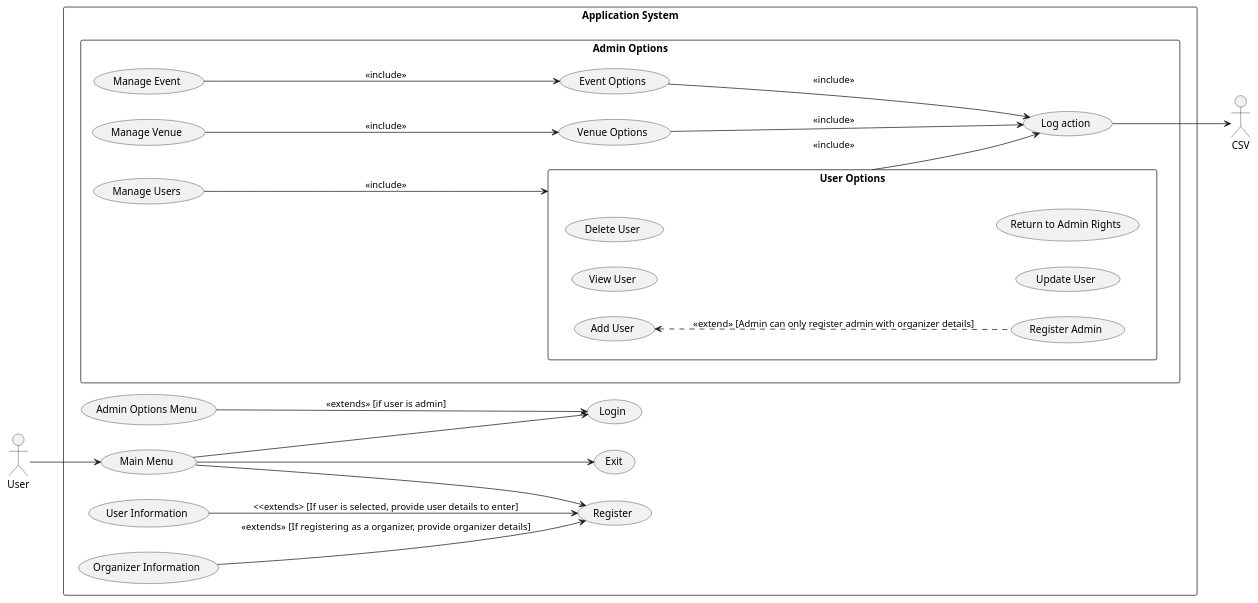
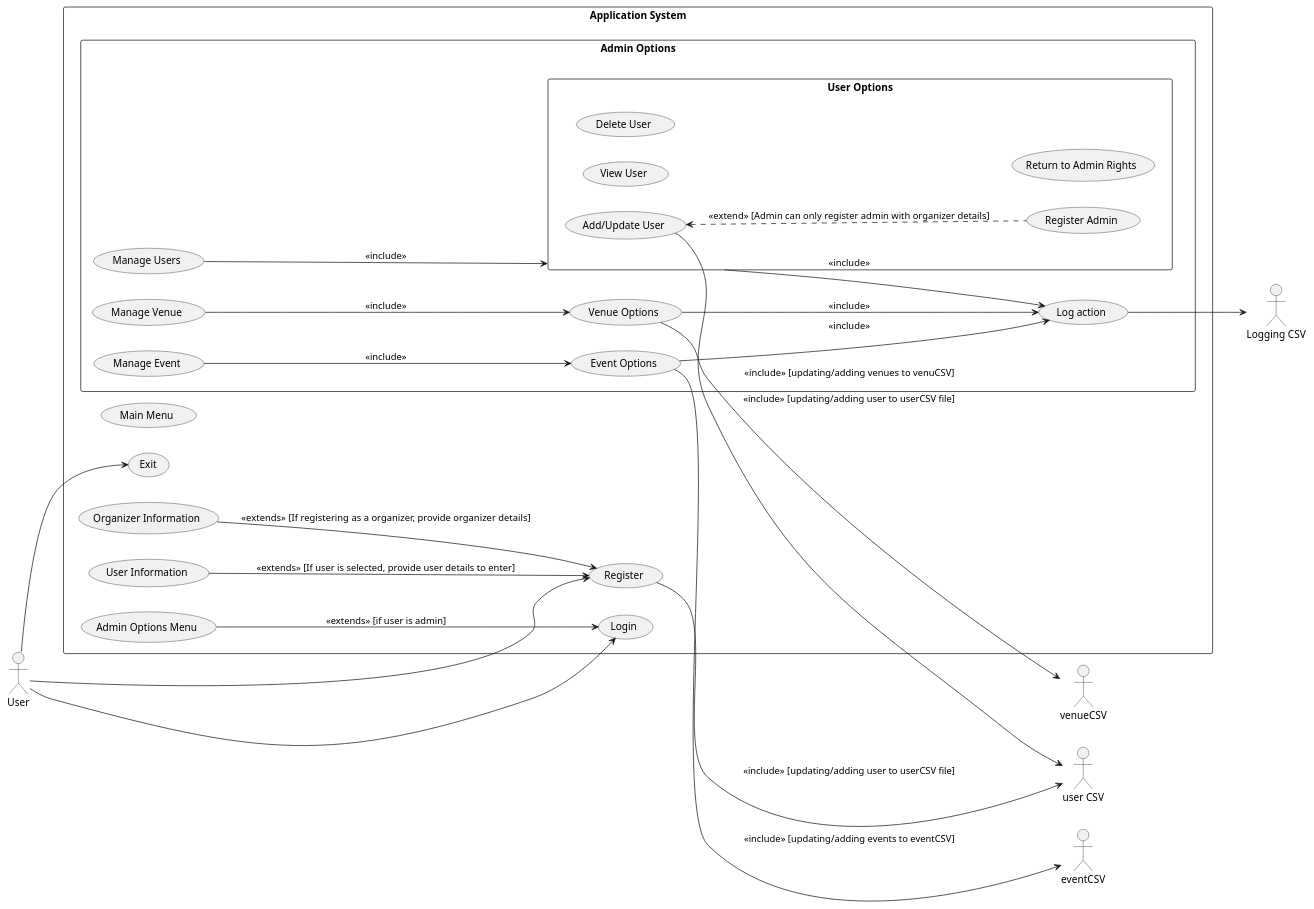
Before and after one commit to jluna4072/TicketMiner: the diagram in diagrams/UseCaseDiagram/useCaseUML.puml, drawn with PlantUML. The commit also changed 1 other file, not shown here.

Commit message:
Updated useCase diagram and added a todo list for the project.

```diff
--- a/diagrams/UseCaseDiagram/useCaseUML.puml
+++ b/diagrams/UseCaseDiagram/useCaseUML.puml
@@ -1,65 +1,71 @@
 @startuml
 left to right direction
 actor "User" as user
-actor "CSV" as CSV
+actor "Logging CSV" as loggerCSV
+actor "user CSV" as userCSV
+actor "eventCSV" as eventCSV
+actor "venueCSV" as venueCSV
 
 rectangle applicationSystem as "Application System"{
 
   usecase "Main Menu" as mainMenu 
   usecase "Register" as register
   usecase "Login" as login 
   usecase "Exit" as exit
-
-  mainMenu --> login
-  mainMenu --> register
-  mainMenu --> exit
-
   
   usecase "Admin Options Menu" as adminLogin
   adminLogin --> login : <<extends>> [if user is admin]
+
+  'Registering users' 
 
   usecase "Organizer Information" as organInfo
   organInfo --> register : <<extends>> [If registering as a organizer, provide organizer details] 
 
   usecase "User Information" as userInfo 
-  userInfo --> register : <<extends> [If user is selected, provide user details to enter]
+  userInfo --> register : <<extends>> [If user is selected, provide user details to enter]
   
   rectangle adminOptions as "Admin Options"{
     usecase "Manage Event" as manEvent
     usecase "Manage Venue" as manVenue
     usecase "Manage Users" as manUsers
     
    rectangle userOptions as "User Options"{
-   usecase "Add User" as addUser
+   usecase "Add/Update User" as addUpdateUser
    usecase "View User" as viewUser
    usecase "Delete User" as deleteUser
-   usecase "Update User" as updateUser
    usecase "Register Admin" as regAdmin
    usecase "Return to Admin Rights" as return
    
-   addUser <.. regAdmin : <<extend>> [Admin can only register admin with organizer details]
+   addUpdateUser <.. regAdmin : <<extend>> [Admin can only register admin with organizer details]
    
    }
 
    usecase "Venue Options" as venueOptions
    usecase "Event Options" as eventOptions
 
    manUsers --> userOptions : <<include>>   
    manVenue --> venueOptions : <<include>>
    manEvent --> eventOptions : <<include>> 
    
    usecase logger as "Log action"
 
    userOptions --> logger : <<include>>
    venueOptions --> logger : <<include>>
    eventOptions --> logger : <<include>>
   
   }
-
- 
 }
 
-logger --> CSV
-user --> mainMenu
+logger --> loggerCSV
+user --> register
+user --> login
+user --> exit
 
+' Extend usecase relationships ' 
+
+' Include usecase relationships ' 
+  register --> userCSV : <<include>> [updating/adding user to userCSV file]
+  addUpdateUser --> userCSV : <<include >> [updating/adding user to userCSV file]
+  venueOptions --> venueCSV: <<include>> [updating/adding venues to venuCSV]
+  eventOptions --> eventCSV: <<include>> [updating/adding events to eventCSV]
 @enduml
```
